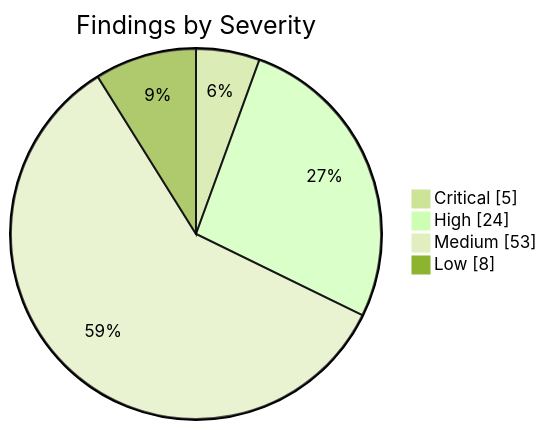
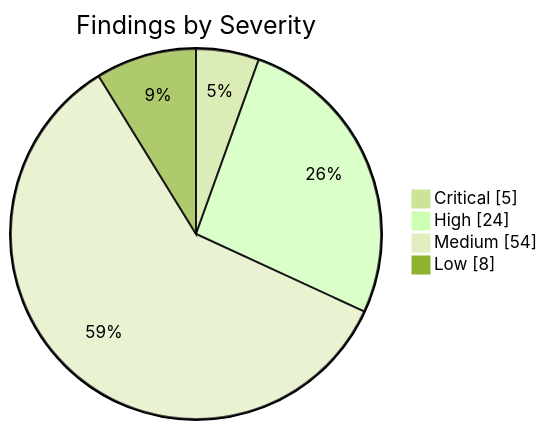
Before and after one commit to KBVE/kbve: the first of 2 diagrams in apps/kbve/astro-kbve/src/content/docs/dashboard/security.mdx, drawn with Mermaid (forest theme). The commit also changed other lines of this file and 7 other files, not shown here.

````diff
--- a/apps/kbve/astro-kbve/src/content/docs/dashboard/security.mdx
+++ b/apps/kbve/astro-kbve/src/content/docs/dashboard/security.mdx
@@ -62,8 +62,8 @@
 ```mermaid
 pie showData
     title Findings by Severity
     "Critical" : 5
     "High" : 24
-    "Medium" : 53
+    "Medium" : 54
     "Low" : 8
 ```
````
